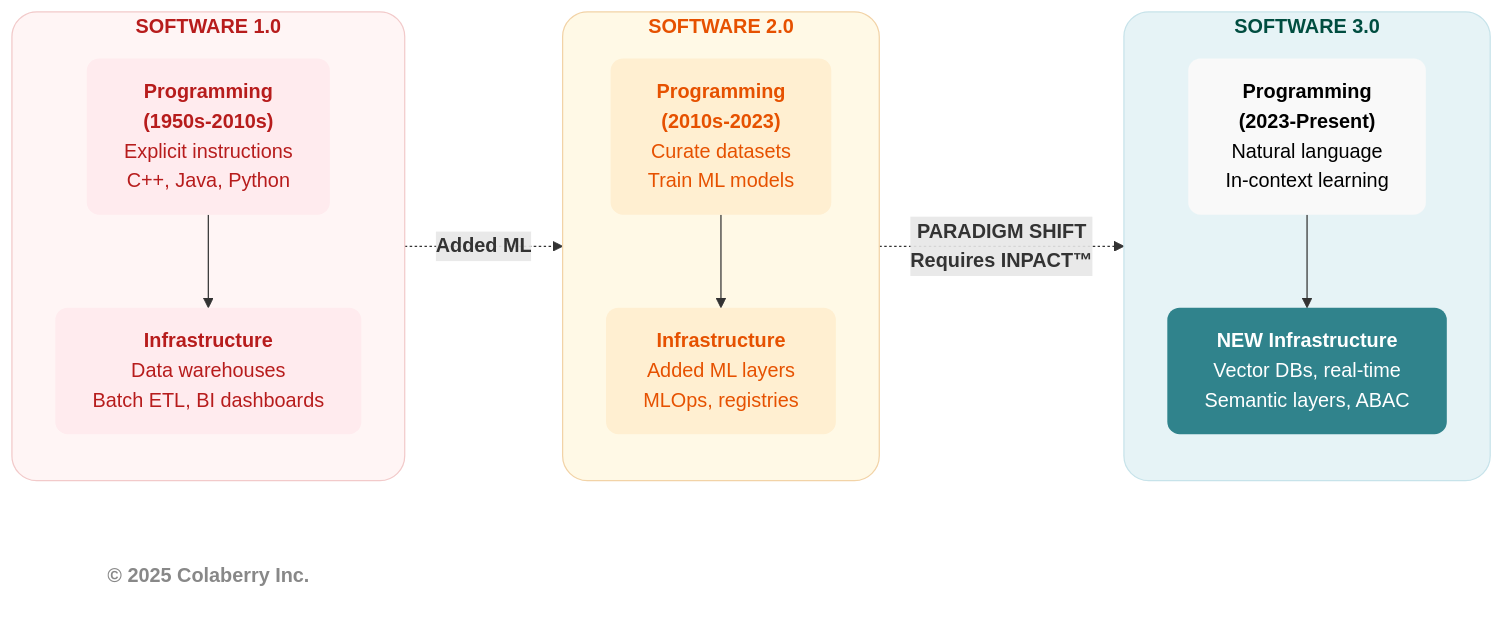
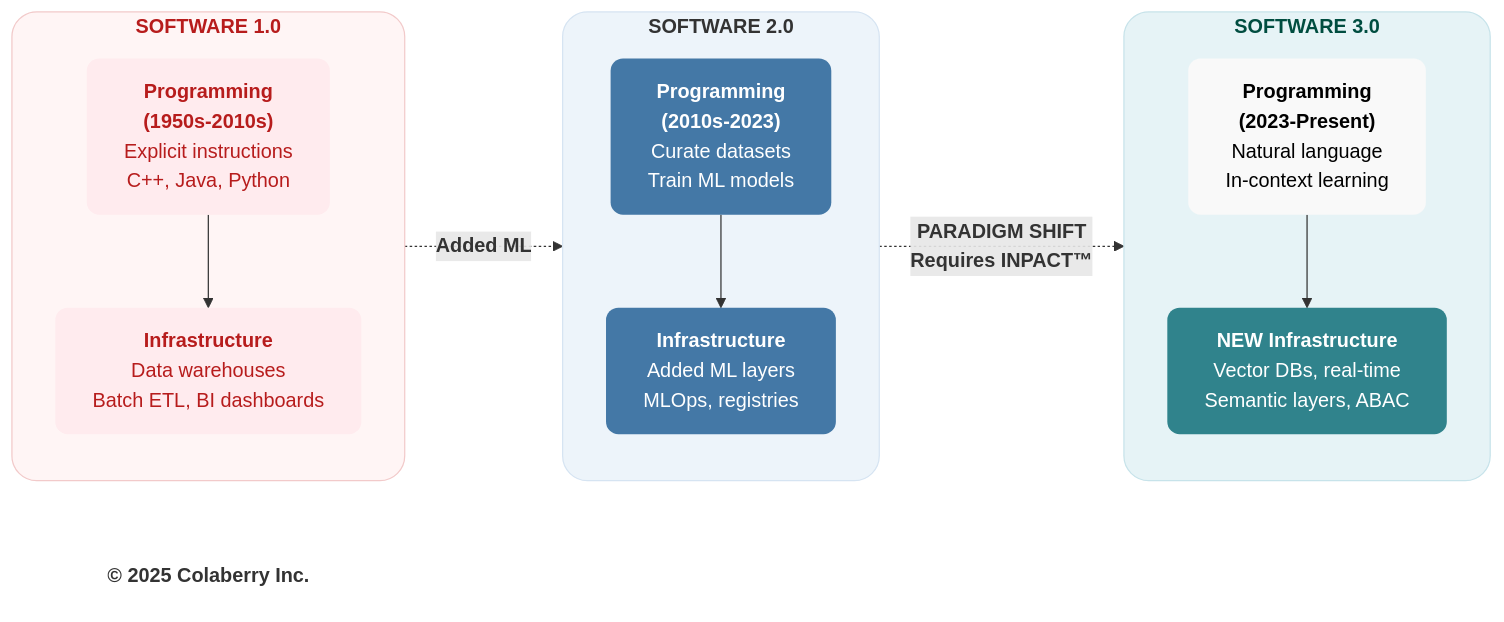
Before and after one commit to saitejesh-cyber/trust-before-intelligence-book: the second of 4 diagrams in manuscript/04_chapter_3_from_bi_to_agent.md, drawn with Mermaid. The commit also changed other lines of this file and 4 other files, not shown here.

````diff
--- a/manuscript/04_chapter_3_from_bi_to_agent.md
+++ b/manuscript/04_chapter_3_from_bi_to_agent.md
@@ -138,46 +138,46 @@
 ```mermaid
 graph LR
     subgraph era1["<b>SOFTWARE 1.0</b>"]
         direction TB
         P1["<b>Programming</b><br/><b>(1950s-2010s)</b><br/>Explicit instructions<br/>C++, Java, Python"]
         I1["<b>Infrastructure</b><br/>Data warehouses<br/>Batch ETL, BI dashboards"]
         P1 --> I1
     end
     
     subgraph era2["<b>SOFTWARE 2.0</b>"]
         direction TB
         P2["<b>Programming</b><br/><b>(2010s-2023)</b><br/>Curate datasets<br/>Train ML models"]
         I2["<b>Infrastructure</b><br/>Added ML layers<br/>MLOps, registries"]
         P2 --> I2
     end
     
     subgraph era3["<b>SOFTWARE 3.0</b>"]
         direction TB
         P3["<b>Programming</b><br/><b>(2023-Present)</b><br/>Natural language<br/>In-context learning"]
         I3["<b>NEW Infrastructure</b><br/>Vector DBs, real-time<br/>Semantic layers, ABAC"]
         P3 --> I3
     end
     
     era1 -.->|<b>Added ML</b>| era2
     era2 -.->|<b>PARADIGM SHIFT<br/>Requires INPACT™</b>| era3
     
     Copyright["<b>© 2025 Colaberry Inc.</b>"]
 
     %% 🔴 SOFTWARE 1.0 — FAILURE / BI-ERA
     style era1 fill:#fff5f5,stroke:#f2caca,stroke-width:1px,color:#b71c1c,rx:20,ry:20
     style P1 fill:#ffebee,stroke:none,color:#b71c1c,rx:10,ry:10
     style I1 fill:#ffebee,stroke:none,color:#b71c1c,rx:10,ry:10
 
     %% 🟠 SOFTWARE 2.0 — INTERMEDIATE / PRESSURE
-    style era2 fill:#fff9e6,stroke:#f2d3a7,stroke-width:1px,color:#e65100,rx:20,ry:20
-    style P2 fill:#ffefd1,stroke:none,color:#e65100,rx:10,ry:10
-    style I2 fill:#ffefd1,stroke:none,color:#e65100,rx:10,ry:10
+    style era2 fill:#edf4fa,stroke:#d6e4f2,stroke-width:1px,color:#333333,rx:20,ry:20
+    style P2 fill:#4478A6,stroke:none,color:#ffffff,rx:10,ry:10
+    style I2 fill:#4478A6,stroke:none,color:#ffffff,rx:10,ry:10
 
     %% 🟢 SOFTWARE 3.0 — TRUSTED / INPACT™-FULFILLED
     style era3 fill:#e6f3f6,stroke:#c7e3ea,stroke-width:1px,color:#004d40,rx:20,ry:20
     style P3 fill:#f9f9f9,stroke:none,color:#000000,rx:10,ry:10
     style I3 fill:#30838C,stroke:none,color:#ffffff,rx:10,ry:10
 
     %% FOOTER
-    style Copyright fill:none,stroke:none,color:#888888
+    style Copyright fill:none,stroke:none,color:#333333
 ```
````
